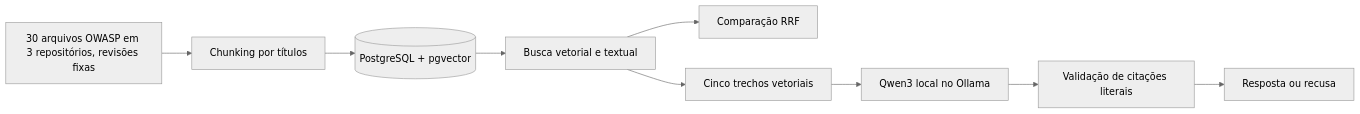
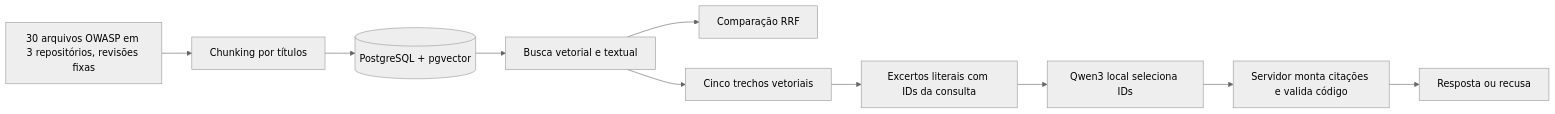
The diagram in README.md (munhoz-iago/secdocs-rag), drawn with Mermaid (neutral theme) before and after one commit. The commit also changed other lines of this file and 42 other files, not shown here.

````diff
--- a/README.md
+++ b/README.md
@@ -80,11 +105,12 @@
 ```mermaid
 flowchart LR
   A[30 arquivos OWASP em 3 repositórios, revisões fixas] --> B[Chunking por títulos]
   B --> C[(PostgreSQL + pgvector)]
   C --> D[Busca vetorial e textual]
   D --> E[Comparação RRF]
   D --> F[Cinco trechos vetoriais]
-  F --> G[Qwen3 local no Ollama]
-  G --> H[Validação de citações literais]
+  F --> P[Excertos literais com IDs da consulta]
+  P --> G[Qwen3 local seleciona IDs]
+  G --> H[Servidor monta citações e valida código]
   H --> I[Resposta ou recusa]
 ```
````
